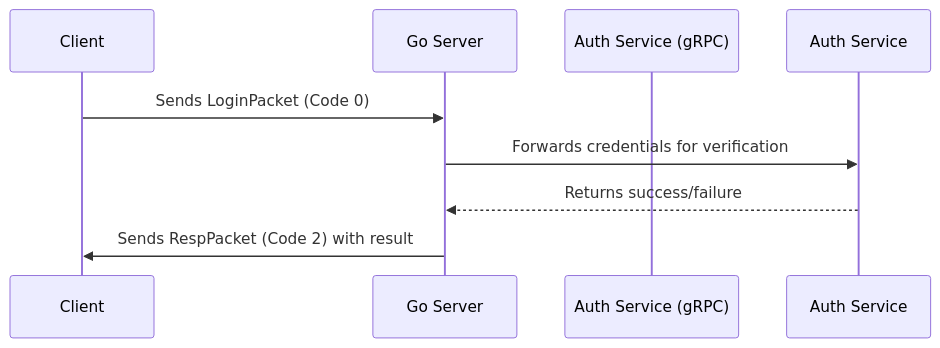
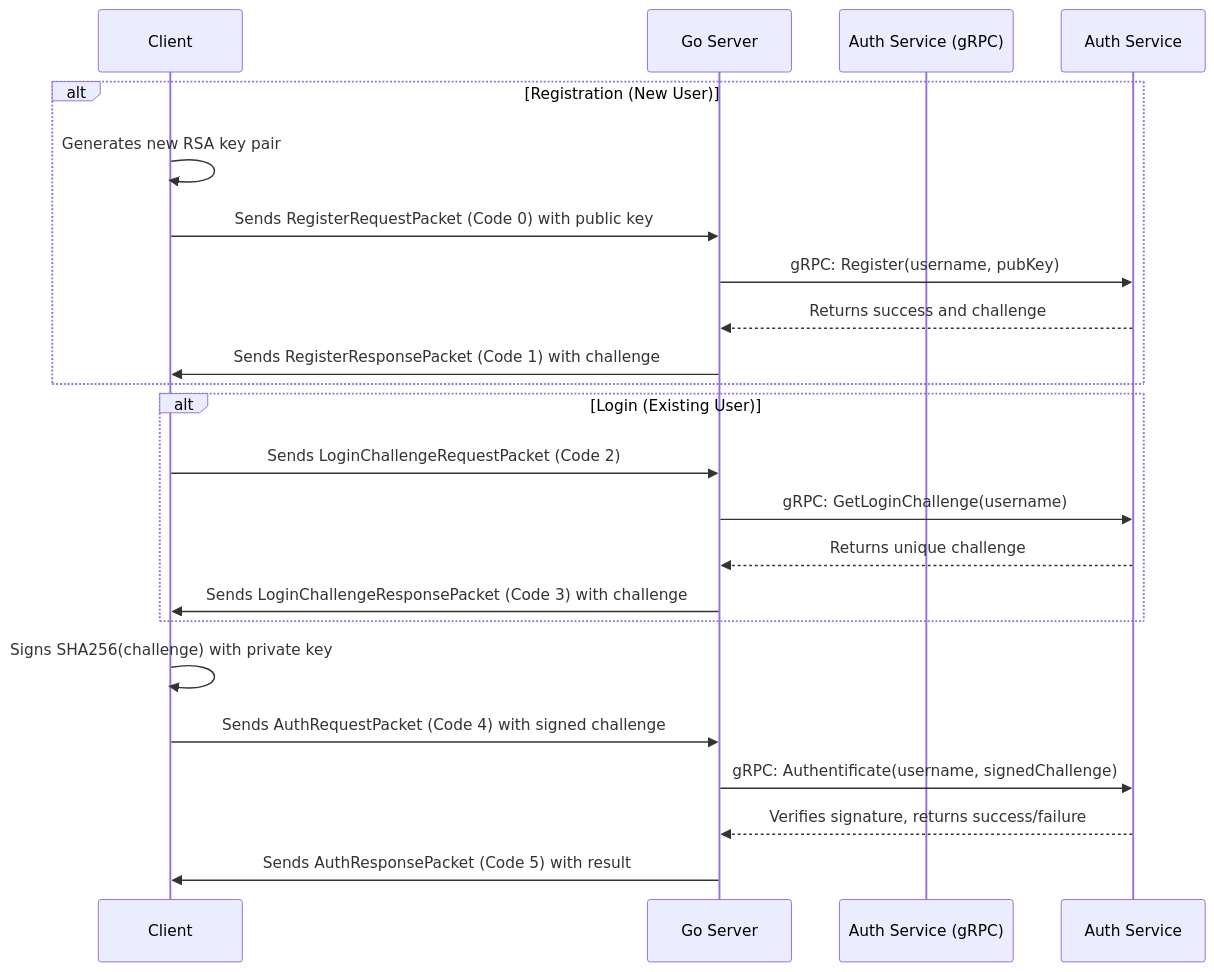
One commit to GrGLeo/TermArena changed the first of 3 diagrams in documentation/detailed/networking.md. Above: the diagram before and after it, drawn with Mermaid. The commit also changed other lines of this file and 23 other files, not shown here.

````diff
--- a/documentation/detailed/networking.md
+++ b/documentation/detailed/networking.md
@@ -35,11 +35,27 @@
 ```mermaid
 sequenceDiagram
     participant Client
     participant Go Server
     participant Auth Service (gRPC)
 
-    Client->>Go Server: Sends LoginPacket (Code 0)
-    Go Server->>Auth Service: Forwards credentials for verification
-    Auth Service-->>Go Server: Returns success/failure
-    Go Server->>Client: Sends RespPacket (Code 2) with result
+    alt Registration (New User)
+        Client->>Client: Generates new RSA key pair
+        Client->>Go Server: Sends RegisterRequestPacket (Code 0) with public key
+        Go Server->>Auth Service: gRPC: Register(username, pubKey)
+        Auth Service-->>Go Server: Returns success and challenge
+        Go Server->>Client: Sends RegisterResponsePacket (Code 1) with challenge
+    end
+
+    alt Login (Existing User)
+        Client->>Go Server: Sends LoginChallengeRequestPacket (Code 2)
+        Go Server->>Auth Service: gRPC: GetLoginChallenge(username)
+        Auth Service-->>Go Server: Returns unique challenge
+        Go Server->>Client: Sends LoginChallengeResponsePacket (Code 3) with challenge
+    end
+
+    Client->>Client: Signs SHA256(challenge) with private key
+    Client->>Go Server: Sends AuthRequestPacket (Code 4) with signed challenge
+    Go Server->>Auth Service: gRPC: Authentificate(username, signedChallenge)
+    Auth Service-->>Go Server: Verifies signature, returns success/failure
+    Go Server->>Client: Sends AuthResponsePacket (Code 5) with result
 ```
````
